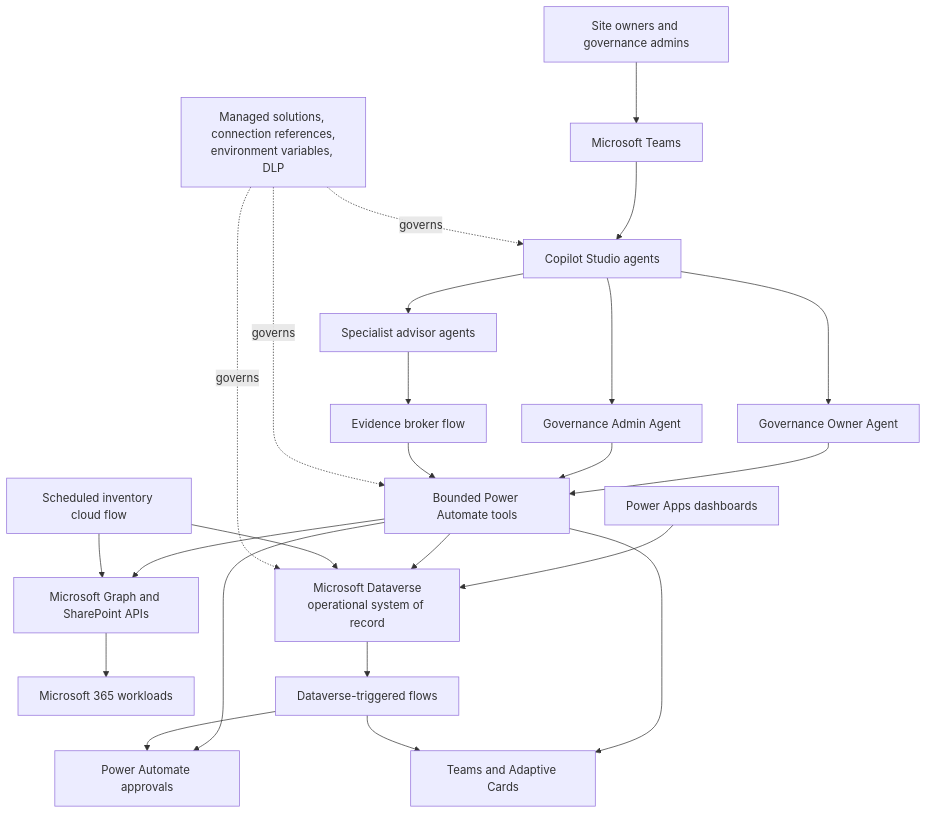
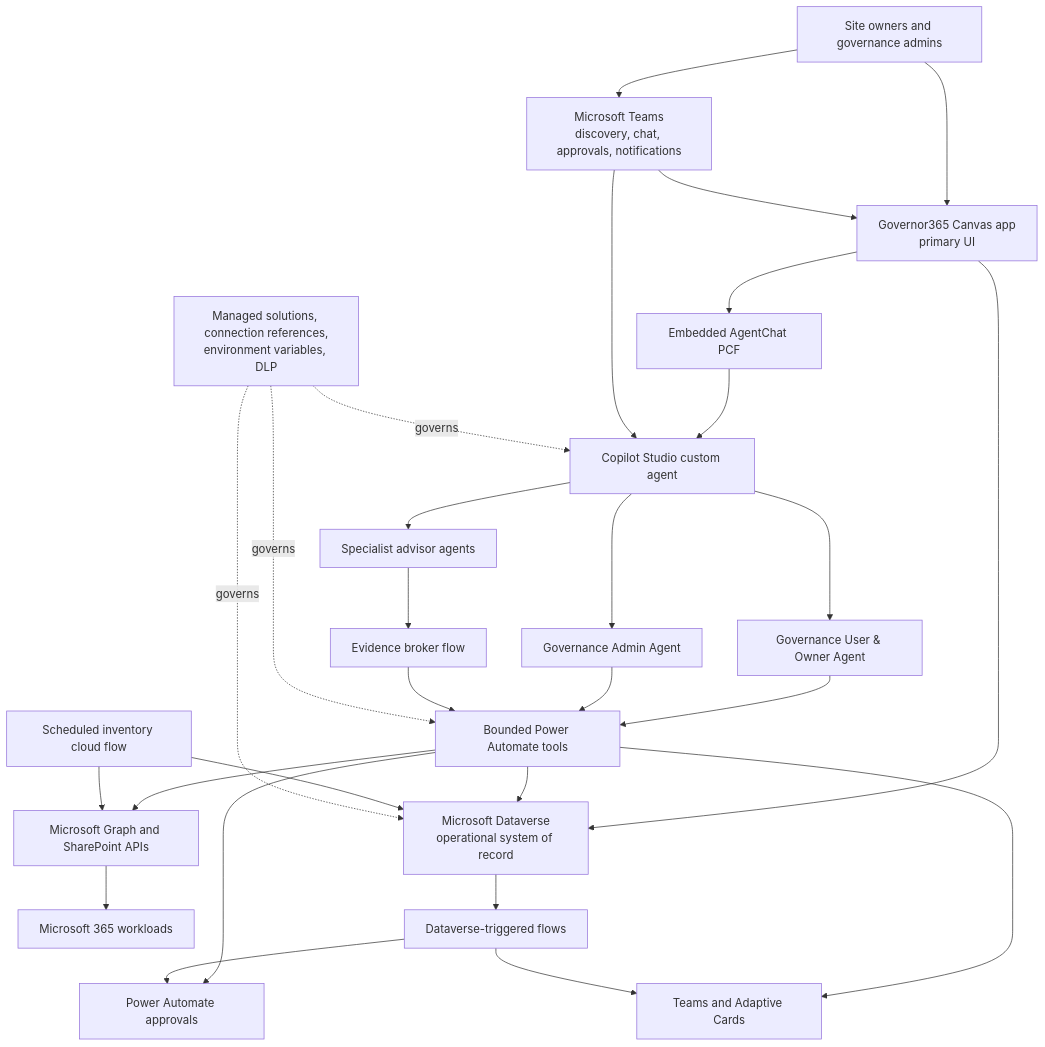
One commit to sofiane-ben80/M365GovAIAgent changed the diagram in docs/02-Architecture.md. Above: the diagram before and after it, drawn with Mermaid. The commit also changed other lines of this file and 567 other files, not shown here.

````diff
--- a/docs/02-Architecture.md
+++ b/docs/02-Architecture.md
@@ -27,31 +29,35 @@
 ```mermaid
 flowchart TB
-    Users["Site owners and governance admins"] --> Teams["Microsoft Teams"]
-    Teams --> Agents["Copilot Studio agents"]
-    Apps["Power Apps dashboards"] --> Dataverse
+    Users["Site owners and governance admins"] --> Apps["Governor365 Canvas app<br/>primary UI"]
+    Apps --> PCF["Embedded AgentChat PCF"]
+    PCF --> Agents["Copilot Studio custom agent"]
+    Apps --> Dataverse
+    Users --> Teams["Microsoft Teams<br/>discovery, chat, approvals, notifications"]
+    Teams --> Apps
+    Teams --> Agents
 
-    Agents --> Owner["Governance Owner Agent"]
+    Agents --> Owner["Governance User & Owner Agent"]
     Agents --> Admin["Governance Admin Agent"]
     Agents --> Advisors["Specialist advisor agents"]
 
     Owner --> Tools["Bounded Power Automate tools"]
     Admin --> Tools
     Advisors --> Evidence["Evidence broker flow"]
     Evidence --> Tools
 
     Tools --> Dataverse["Microsoft Dataverse<br/>operational system of record"]
     Tools --> Approvals["Power Automate approvals"]
     Tools --> Cards["Teams and Adaptive Cards"]
     Tools --> Sources["Microsoft Graph and SharePoint APIs"]
     Sources --> M365["Microsoft 365 workloads"]
 
     Inventory["Scheduled inventory cloud flow"] --> Sources
     Inventory --> Dataverse
     Dataverse --> Events["Dataverse-triggered flows"]
     Events --> Cards
     Events --> Approvals
 
     Solutions["Managed solutions, connection references,<br/>environment variables, DLP"] -. governs .-> Agents
     Solutions -. governs .-> Tools
     Solutions -. governs .-> Dataverse
 ```
````
